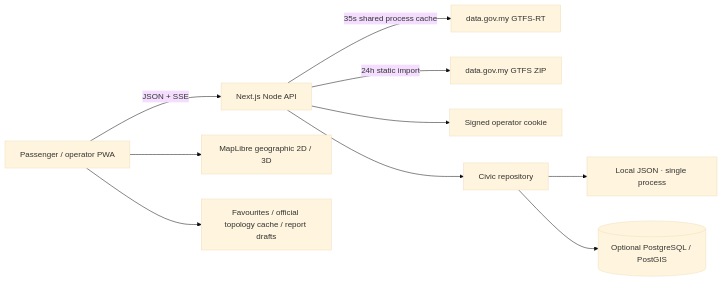
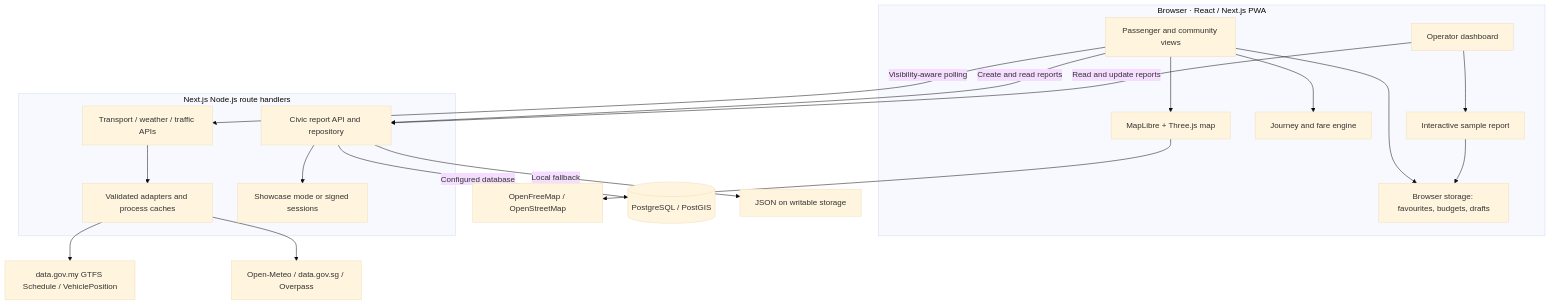
One commit to hzqfarhan/SELADEVS-CIVICTECH-AND-PUBLICSERVICES changed the first of 2 diagrams in README.md. Above: the diagram before and after it, drawn with Mermaid (base theme). The commit also changed other lines of this file, not shown here.

````diff
--- a/README.md
+++ b/README.md
@@ -80,12 +107,32 @@
 ```mermaid
-flowchart LR
-  Browser[Passenger / operator PWA] -->|JSON + SSE| Next[Next.js Node API]
-  Browser --> Maps[MapLibre geographic 2D / 3D]
-  Next -->|35s shared process cache| RT[data.gov.my GTFS-RT]
-  Next -->|24h static import| GTFS[data.gov.my GTFS ZIP]
-  Next --> Auth[Signed operator cookie]
-  Next --> Reports[Civic repository]
-  Reports --> Local[Local JSON · single process]
-  Reports --> DB[(Optional PostgreSQL / PostGIS)]
-  Browser --> LocalBrowser[Favourites / official topology cache / report drafts]
+flowchart TB
+  subgraph Client[Browser · React / Next.js PWA]
+    Rider[Passenger and community views]
+    Operator[Operator dashboard]
+    Map[MapLibre + Three.js map]
+    Planner[Journey and fare engine]
+    Local[Browser storage: favourites, budgets, drafts]
+    Demo[Interactive sample report]
+    Rider --> Map
+    Rider --> Planner
+    Rider --> Local
+    Operator --> Demo
+    Demo --> Local
+  end
+  subgraph Server[Next.js Node.js route handlers]
+    API[Transport / weather / traffic APIs]
+    Adapters[Validated adapters and process caches]
+    Reports[Civic report API and repository]
+    Access[Showcase mode or signed sessions]
+    API --> Adapters
+    Reports --> Access
+  end
+  Rider -->|Visibility-aware polling| API
+  Rider -->|Create and read reports| Reports
+  Operator -->|Read and update reports| Reports
+  Adapters --> GTFS[data.gov.my GTFS Schedule / VehiclePosition]
+  Adapters --> Context[Open-Meteo / data.gov.sg / Overpass]
+  Map --> Tiles[OpenFreeMap / OpenStreetMap]
+  Reports -->|Configured database| DB[(PostgreSQL / PostGIS)]
+  Reports -->|Local fallback| JSON[JSON on writable storage]
 ```
````
